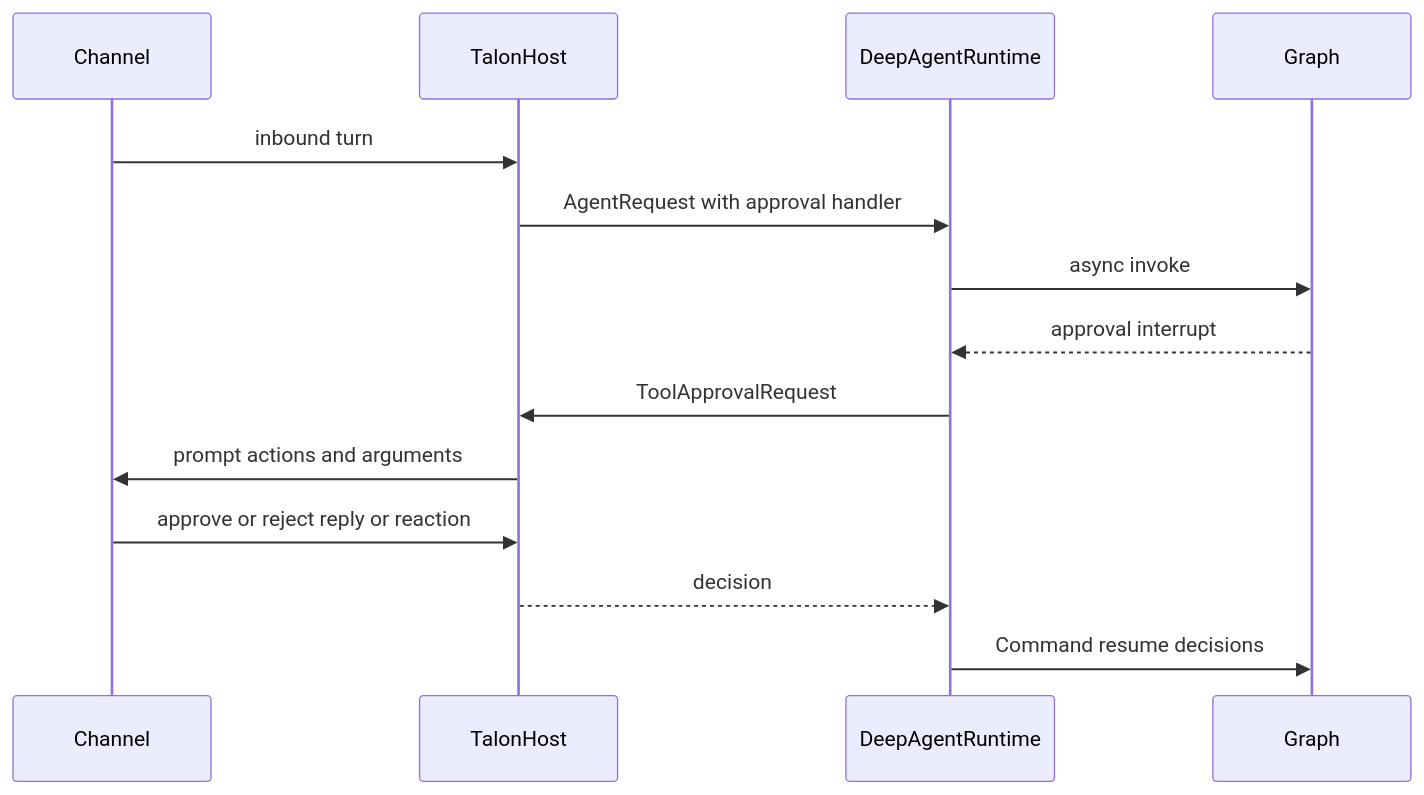
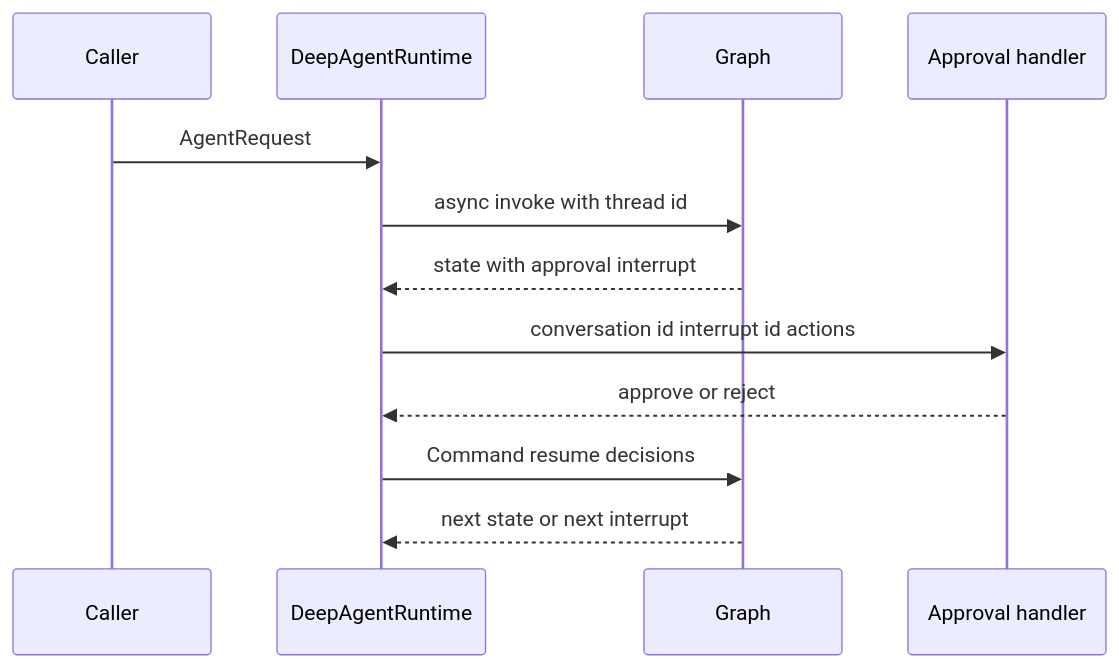
One commit to langchain-ai/deepagents changed the second of 2 diagrams in openwiki/concepts/permissions-hitl.md. Above: the diagram before and after it, drawn with Mermaid. The commit also changed other lines of this file and 62 other files, not shown here.

````diff
--- a/openwiki/concepts/permissions-hitl.md
+++ b/openwiki/concepts/permissions-hitl.md
@@ -123,16 +123,14 @@
 ```mermaid
 sequenceDiagram
-    participant Channel
-    participant Host as TalonHost
+    participant Caller
     participant Runtime as DeepAgentRuntime
     participant Graph
-    Channel->>Host: inbound turn
-    Host->>Runtime: AgentRequest with approval handler
-    Runtime->>Graph: async invoke
-    Graph-->>Runtime: approval interrupt
-    Runtime->>Host: ToolApprovalRequest
-    Host->>Channel: prompt actions and arguments
-    Channel->>Host: approve or reject reply or reaction
-    Host-->>Runtime: decision
+    participant Handler as Approval handler
+    Caller->>Runtime: AgentRequest
+    Runtime->>Graph: async invoke with thread id
+    Graph-->>Runtime: state with approval interrupt
+    Runtime->>Handler: conversation id interrupt id actions
+    Handler-->>Runtime: approve or reject
     Runtime->>Graph: Command resume decisions
+    Graph-->>Runtime: next state or next interrupt
 ```
````
